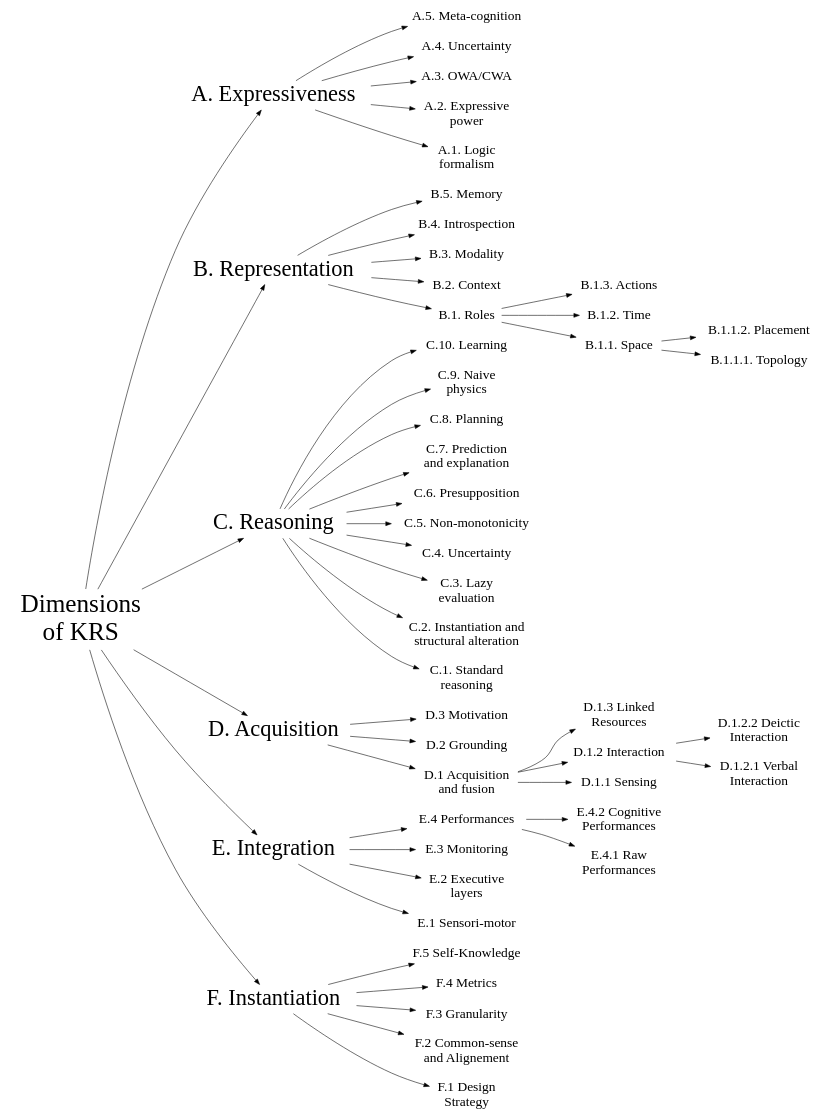
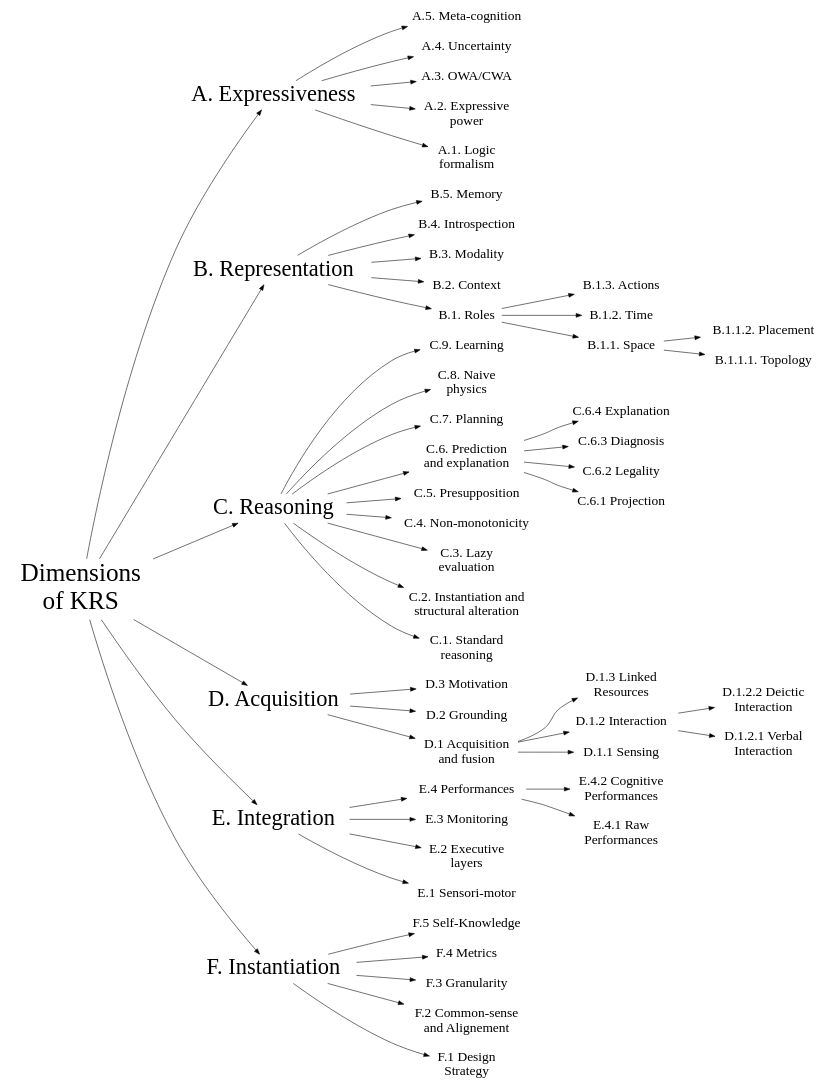
One commit to severin-lemaignan/these changed the diagram in images/taxonomy.dot. Above: the diagram before and after it, drawn with Graphviz. The commit also changed 2 other files, not shown here.

```diff
--- a/images/taxonomy.dot
+++ b/images/taxonomy.dot
@@ -1,127 +1,133 @@
 strict digraph Knowledge {
 
 rankdir=LR;
 overlap=scale;
 
 node [shape=plaintext,fontsize=24,fontname="Ubuntu"];
 
 root [label="Dimensions\n of KRS", fontsize=45];
 root -> A;
 root -> B;
 root -> C;
 root -> D;
 root -> E;
 root -> F;
 
 F [label="F. Instantiation", fontsize=40];
 E [label="E. Integration", fontsize=40];
 D [label="D. Acquisition", fontsize=40];
 C [label="C. Reasoning", fontsize=40];
 B [label="B. Representation", fontsize=40];
 A [label="A. Expressiveness", fontsize=40];
 
 
 A5 [label="A.5. Meta-cognition"];
 A4 [label="A.4. Uncertainty"];
 A3 [label="A.3. OWA/CWA"];
 A2 [label="A.2. Expressive\n power"];
 A1 [label="A.1. Logic\n formalism"];
 
 A -> A1;
 A -> A2;
 A -> A3;
 A -> A4;
 A -> A5;
 
 B5 [label="B.5. Memory"];
 B4 [label="B.4. Introspection"];
 B3 [label="B.3. Modality"];
 B2 [label="B.2. Context"];
 B1 [label="B.1. Roles"];
 
 
 B13 [label="B.1.3. Actions"];
 B12 [label="B.1.2. Time"];
 B11 [label="B.1.1. Space"];
 
 B112 [label="B.1.1.2. Placement"];
 B111 [label="B.1.1.1. Topology"];
 
 B -> B1 -> B11 -> B111;
            B11 -> B112;
      B1 -> B12;
      B1 -> B13;
 B -> B2;
 B -> B3;
 B -> B4;
 B -> B5;
 
 
 
-C10 [label="C.10. Learning"];
-C9 [label="C.9. Naive\n physics"];
-C8 [label="C.8. Planning"];
-C7 [label="C.7. Prediction\n and explanation"];
-C6 [label="C.6. Presupposition"];
-C5 [label="C.5. Non-monotonicity"];
-C4 [label="C.4. Uncertainty"];
+C10 [label="C.9. Learning"];
+C9 [label="C.8. Naive\n physics"];
+C8 [label="C.7. Planning"];
+C7 [label="C.6. Prediction\n and explanation"];
+C6 [label="C.5. Presupposition"];
+C5 [label="C.4. Non-monotonicity"];
 C3 [label="C.3. Lazy\n evaluation"];
 C2 [label="C.2. Instantiation and\n structural alteration"];
 C1 [label="C.1. Standard\n reasoning"];
 
+C74 [label="C.6.4 Explanation"];
+C73 [label="C.6.3 Diagnosis"];
+C72 [label="C.6.2 Legality"];
+C71 [label="C.6.1 Projection"];
+
 C -> C1;
 C -> C2;
 C -> C3;
-C -> C4;
 C -> C5;
 C -> C6;
-C -> C7;
+C -> C7 -> C71;
+     C7 -> C72;
+     C7 -> C73;
+     C7 -> C74;
 C -> C8;
 C -> C9;
 C -> C10;
 
 D3 [label="D.3 Motivation"];
 D2 [label="D.2 Grounding"];
 D1 [label="D.1 Acquisition\n and fusion"];
 
 D13 [label="D.1.3 Linked\n Resources"];
 D12 [label="D.1.2 Interaction"];
 D11 [label="D.1.1 Sensing"];
 
 D122 [label="D.1.2.2 Deictic\n Interaction"];
 D121 [label="D.1.2.1 Verbal\n Interaction"];
 
 D -> D1 -> D11;
      D1 -> D12 -> D121;
            D12 -> D122;
      D1 -> D13;
 D -> D2;
 D -> D3;
 
 E4 [label="E.4 Performances"];
 E3 [label="E.3 Monitoring"];
 E2 [label="E.2 Executive\n layers"];
 E1 [label="E.1 Sensori-motor"];
 
 E42 [label="E.4.2 Cognitive\n Performances"];
 E41 [label="E.4.1 Raw\n Performances"];
 
 E -> E1;
 E -> E2;
 E -> E3;
 E -> E4 -> E41;
      E4 -> E42;
 
 F5 [label="F.5 Self-Knowledge"];
 F4 [label="F.4 Metrics"];
 F3 [label="F.3 Granularity"];
 F2 [label="F.2 Common-sense\n and Alignement"];
 F1 [label="F.1 Design\n Strategy"];
 
 F -> F1;
 F -> F2;
 F -> F3;
 F -> F4;
 F -> F5;
 
 }
```
